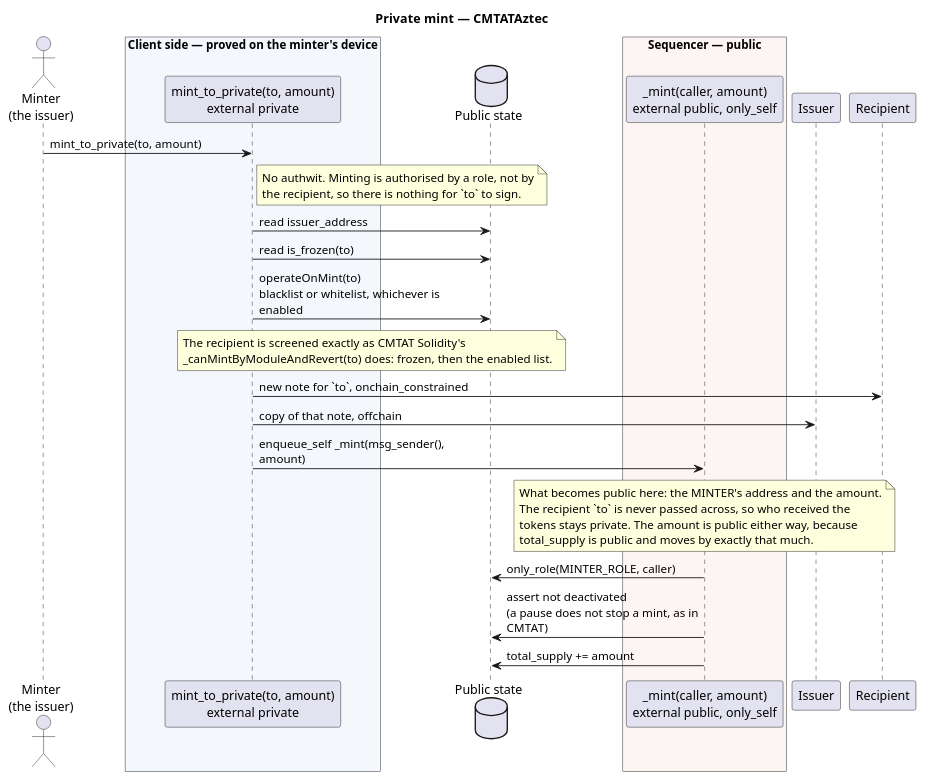
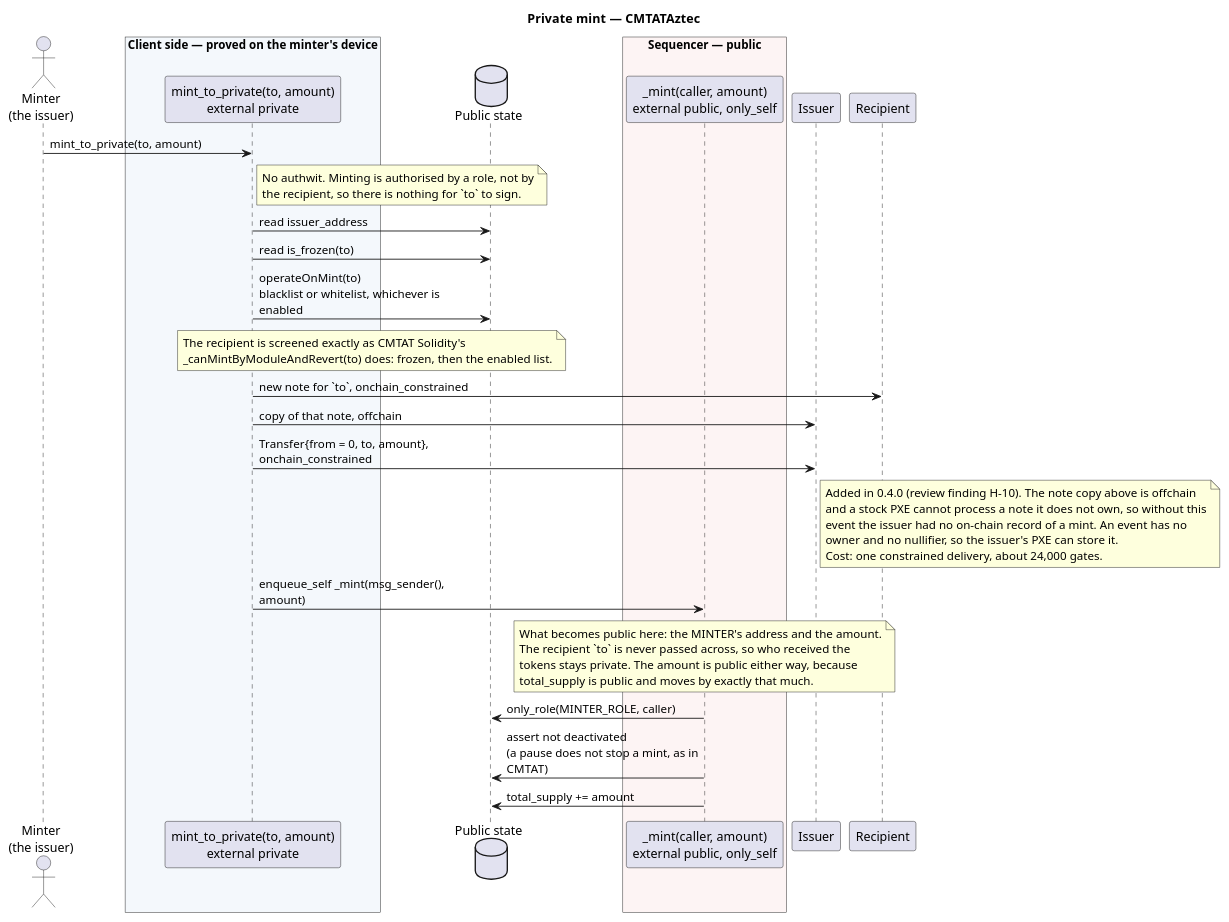
The diagram in doc/img/mint-flow.puml (CMTA/private-CMTAT-aztec), drawn with PlantUML before and after one commit. The commit also changed 11 other files, not shown here.

Commit message:
Fix plantuml diagram

```diff
--- a/doc/img/mint-flow.puml
+++ b/doc/img/mint-flow.puml
@@ -1,46 +1,54 @@
 @startuml
 title Private mint — CMTATAztec
 
 skinparam sequenceMessageAlign left
 skinparam maxMessageSize 250
 
 actor "Minter\n(the issuer)" as Minter
 box "Client side — proved on the minter's device" #F4F8FC
 participant "mint_to_private(to, amount)\nexternal private" as Priv
 end box
 database "Public state" as PS
 box "Sequencer — public" #FDF4F4
 participant "_mint(caller, amount)\nexternal public, only_self" as Pub
 end box
 participant "Issuer" as Issuer
 participant "Recipient" as To
 
 Minter -> Priv : mint_to_private(to, amount)
 note right of Priv
   No authwit. Minting is authorised by a role, not by
   the recipient, so there is nothing for `to` to sign.
 end note
 
 Priv -> PS : read issuer_address
 Priv -> PS : read is_frozen(to)
 Priv -> PS : operateOnMint(to)\nblacklist or whitelist, whichever is enabled
 note over Priv, PS
   The recipient is screened exactly as CMTAT Solidity's
   _canMintByModuleAndRevert(to) does: frozen, then the enabled list.
 end note
 
 Priv -> To : new note for `to`, onchain_constrained
 Priv -> Issuer : copy of that note, offchain
+Priv -> Issuer : Transfer{from = 0, to, amount}, onchain_constrained
+note right of Issuer
+  Added in 0.4.0 (review finding H-10). The note copy above is offchain
+  and a stock PXE cannot process a note it does not own, so without this
+  event the issuer had no on-chain record of a mint. An event has no
+  owner and no nullifier, so the issuer's PXE can store it.
+  Cost: one constrained delivery, about 24,000 gates.
+end note
 
 Priv -> Pub : enqueue_self _mint(msg_sender(), amount)
 note over Pub
   What becomes public here: the MINTER's address and the amount.
   The recipient `to` is never passed across, so who received the
   tokens stays private. The amount is public either way, because
   total_supply is public and moves by exactly that much.
 end note
 Pub -> PS : only_role(MINTER_ROLE, caller)
 Pub -> PS : assert not deactivated\n(a pause does not stop a mint, as in CMTAT)
 Pub -> PS : total_supply += amount
 
 @enduml
```
